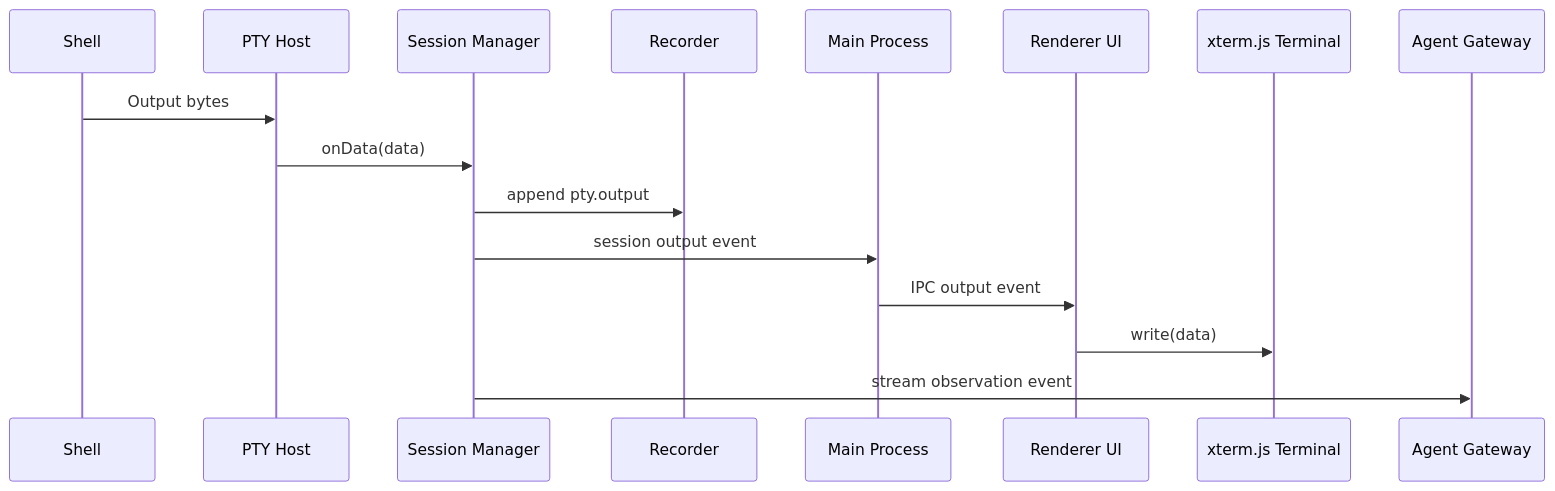
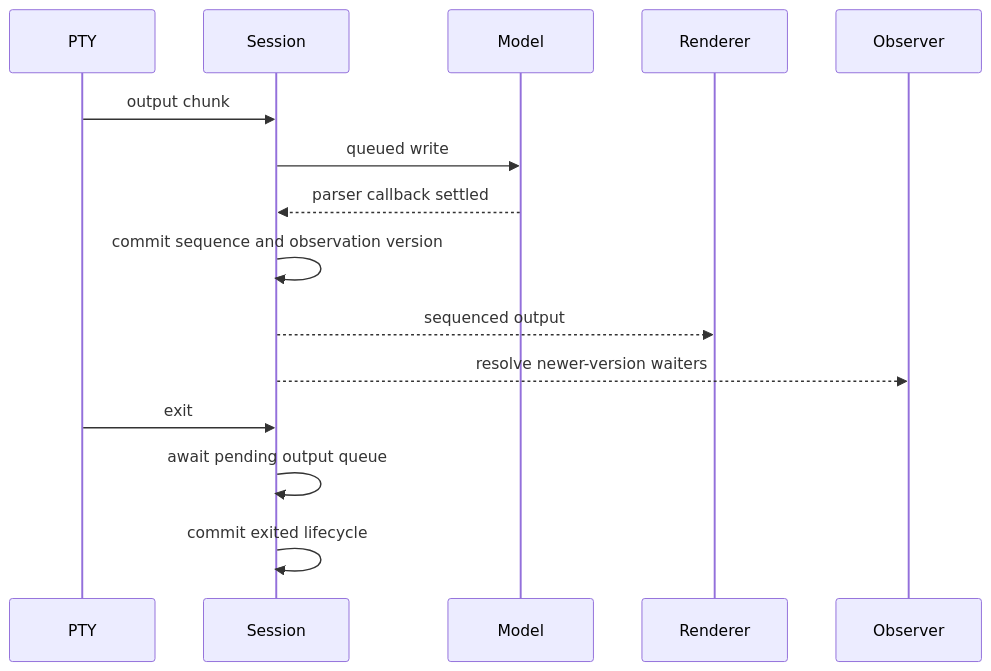
Before and after one commit to procontexthq/procontext-terminal: the second of 2 diagrams in docs/specs/terminal-architecture.md, drawn with Mermaid. The commit also changed other lines of this file and 74 other files, not shown here.

````diff
--- a/docs/specs/terminal-architecture.md
+++ b/docs/specs/terminal-architecture.md
@@ -266,19 +126,18 @@
 ```mermaid
 sequenceDiagram
-  participant Shell
-  participant Pty as PTY Host
-  participant Session as Session Manager
-  participant Recorder
-  participant Main as Main Process
-  participant Renderer as Renderer UI
-  participant Xterm as xterm.js Terminal
-  participant Agent as Agent Gateway
+  participant PTY
+  participant Session
+  participant Model
+  participant Renderer
+  participant Observer
 
-  Shell->>Pty: Output bytes
-  Pty->>Session: onData(data)
-  Session->>Recorder: append pty.output
-  Session->>Main: session output event
-  Main->>Renderer: IPC output event
-  Renderer->>Xterm: write(data)
-  Session->>Agent: stream observation event
+  PTY->>Session: output chunk
+  Session->>Model: queued write
+  Model-->>Session: parser callback settled
+  Session->>Session: commit sequence and observation version
+  Session-->>Renderer: sequenced output
+  Session-->>Observer: resolve newer-version waiters
+  PTY->>Session: exit
+  Session->>Session: await pending output queue
+  Session->>Session: commit exited lifecycle
 ```
````
